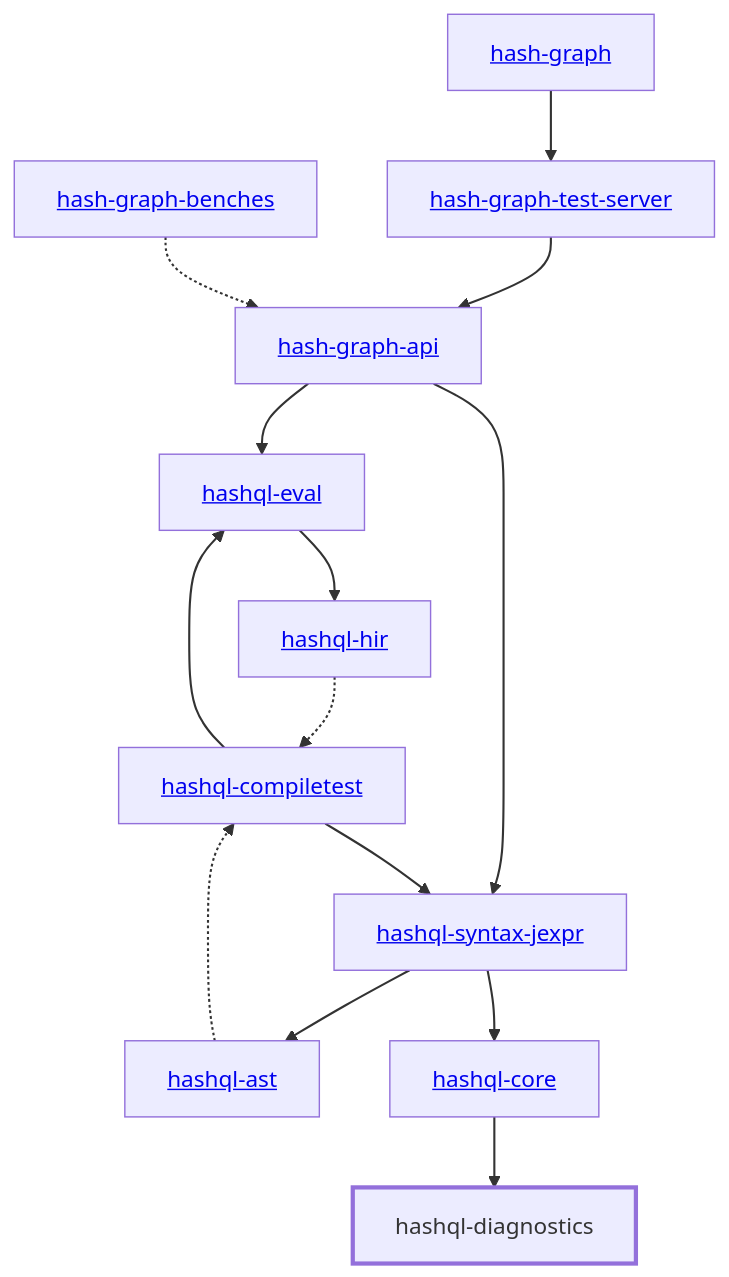
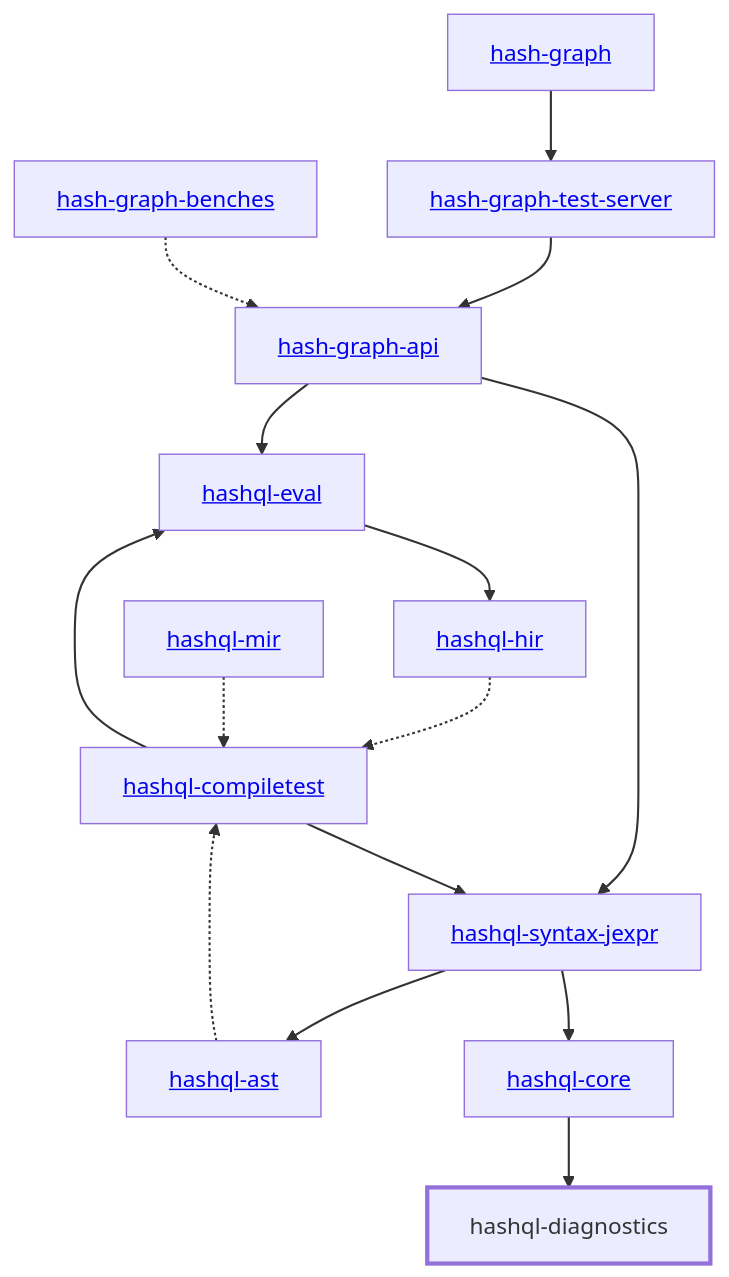
One commit to hashintel/hash changed the diagram in libs/@local/hashql/diagnostics/docs/dependency-diagram.mmd. Above: the diagram before and after it, drawn with Mermaid. The commit also changed 6 other files, not shown here.

Commit message:
chore: generate dependency diagrams

```diff
--- a/libs/@local/hashql/diagnostics/docs/dependency-diagram.mmd
+++ b/libs/@local/hashql/diagnostics/docs/dependency-diagram.mmd
@@ -1,35 +1,37 @@
 graph TD
     linkStyle default stroke-width:1.5px
     classDef default stroke-width:1px
     classDef root stroke-width:3px
     classDef dev stroke-width:1px
     classDef build stroke-width:1px
     %% Legend
     %% --> : Normal dependency
     %% -.-> : Dev dependency
     %% ---> : Build dependency
     0[<a href="../hash_graph/index.html">hash-graph</a>]
     1[<a href="../hash_graph_api/index.html">hash-graph-api</a>]
     2[<a href="../hash_graph_test_server/index.html">hash-graph-test-server</a>]
     3[<a href="../hashql_ast/index.html">hashql-ast</a>]
     4[<a href="../hashql_compiletest/index.html">hashql-compiletest</a>]
     5[<a href="../hashql_core/index.html">hashql-core</a>]
     6[hashql-diagnostics]
     class 6 root
     7[<a href="../hashql_eval/index.html">hashql-eval</a>]
     8[<a href="../hashql_hir/index.html">hashql-hir</a>]
-    9[<a href="../hashql_syntax_jexpr/index.html">hashql-syntax-jexpr</a>]
-    10[<a href="../hash_graph_benches/index.html">hash-graph-benches</a>]
+    9[<a href="../hashql_mir/index.html">hashql-mir</a>]
+    10[<a href="../hashql_syntax_jexpr/index.html">hashql-syntax-jexpr</a>]
+    11[<a href="../hash_graph_benches/index.html">hash-graph-benches</a>]
     0 --> 2
     1 --> 7
-    1 --> 9
+    1 --> 10
     2 --> 1
     3 -.-> 4
     4 --> 7
-    4 --> 9
+    4 --> 10
     5 --> 6
     7 --> 8
     8 -.-> 4
-    9 --> 3
-    9 --> 5
-    10 -.-> 1
+    9 -.-> 4
+    10 --> 3
+    10 --> 5
+    11 -.-> 1
```
